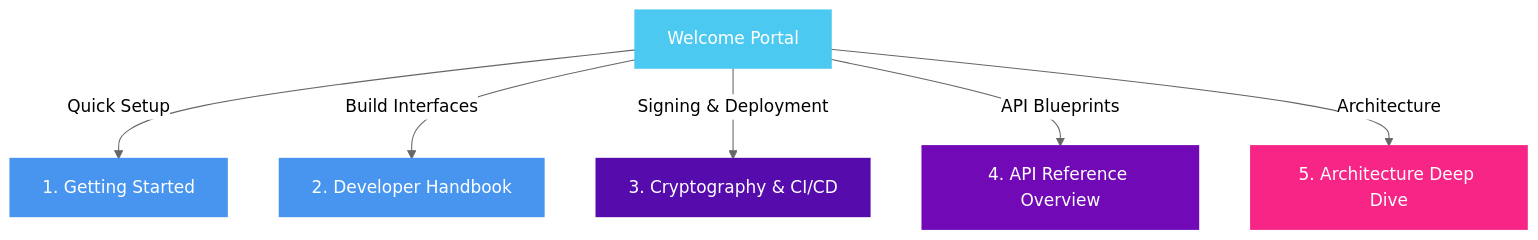
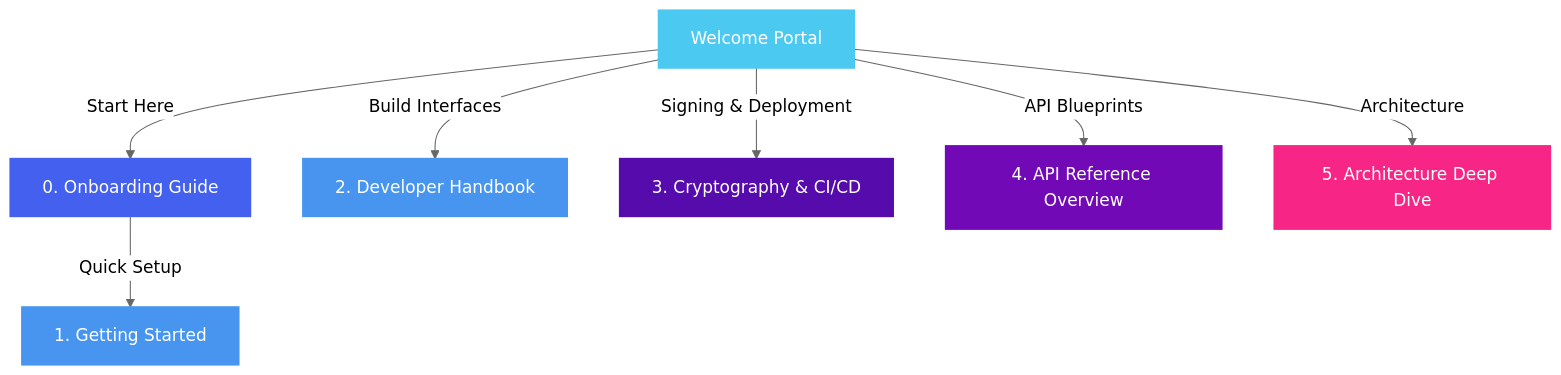
One commit to KalaimaranB/BioPro-SDK changed the diagram in docs/index.md. Above: the diagram before and after it, drawn with Mermaid (neutral theme). The commit also changed other lines of this file and 6 other files, not shown here.

````diff
--- a/docs/index.md
+++ b/docs/index.md
@@ -56,15 +56,17 @@
 ```mermaid
 graph TD
-    A[Welcome Portal] -->|Quick Setup| B[1. Getting Started]
-    A -->|Build Interfaces| C[2. Developer Handbook]
-    A -->|Signing & Deployment| D[3. Cryptography & CI/CD]
-    A -->|API Blueprints| E[4. API Reference Overview]
-    A -->|Architecture| F[5. Architecture Deep Dive]
+    A["Welcome Portal"] -->|Start Here| Z["0. Onboarding Guide"]
+    Z -->|Quick Setup| B["1. Getting Started"]
+    A -->|Build Interfaces| C["2. Developer Handbook"]
+    A -->|Signing & Deployment| D["3. Cryptography & CI/CD"]
+    A -->|API Blueprints| E["4. API Reference Overview"]
+    A -->|Architecture| F["5. Architecture Deep Dive"]
 
     style A fill:#4CC9F0,stroke:#4CC9F0,stroke-width:2px,color:#fff
+    style Z fill:#4361EE,stroke:#4361EE,stroke-width:2px,color:#fff
     style B fill:#4895EF,stroke:#4895EF,stroke-width:2px,color:#fff
     style C fill:#4895EF,stroke:#4895EF,stroke-width:2px,color:#fff
     style D fill:#560BAD,stroke:#560BAD,stroke-width:2px,color:#fff
     style E fill:#7209B7,stroke:#7209B7,stroke-width:2px,color:#fff
     style F fill:#F72585,stroke:#F72585,stroke-width:2px,color:#fff
 ```
````
